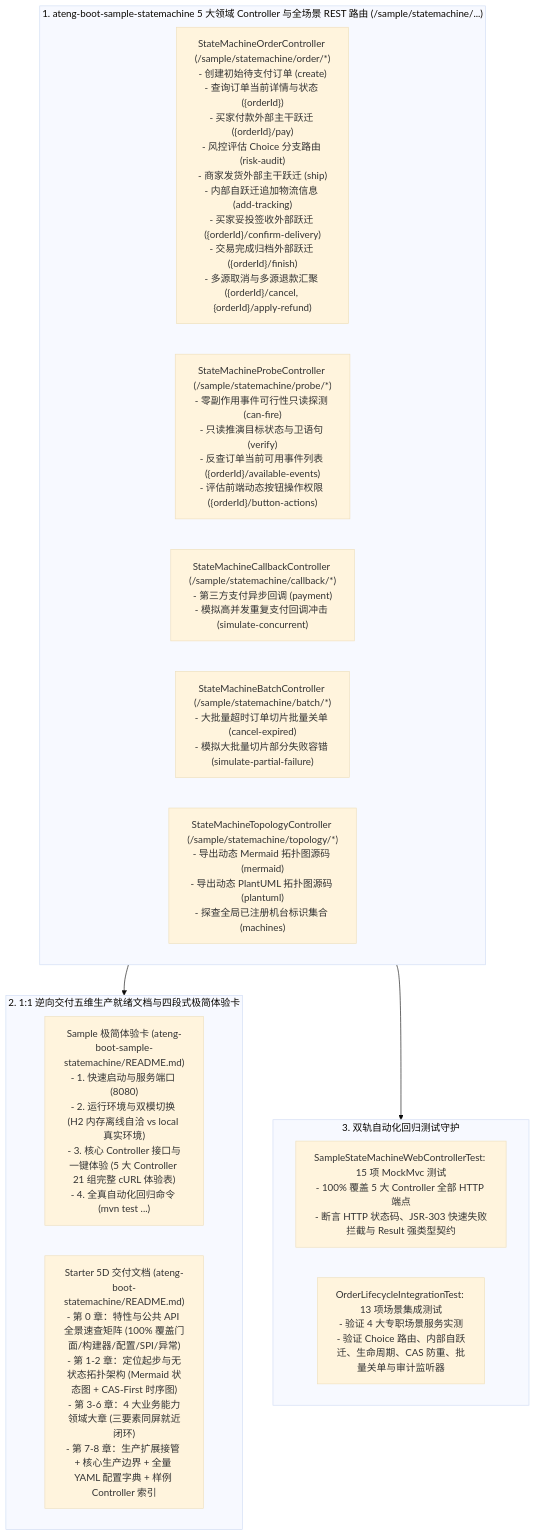
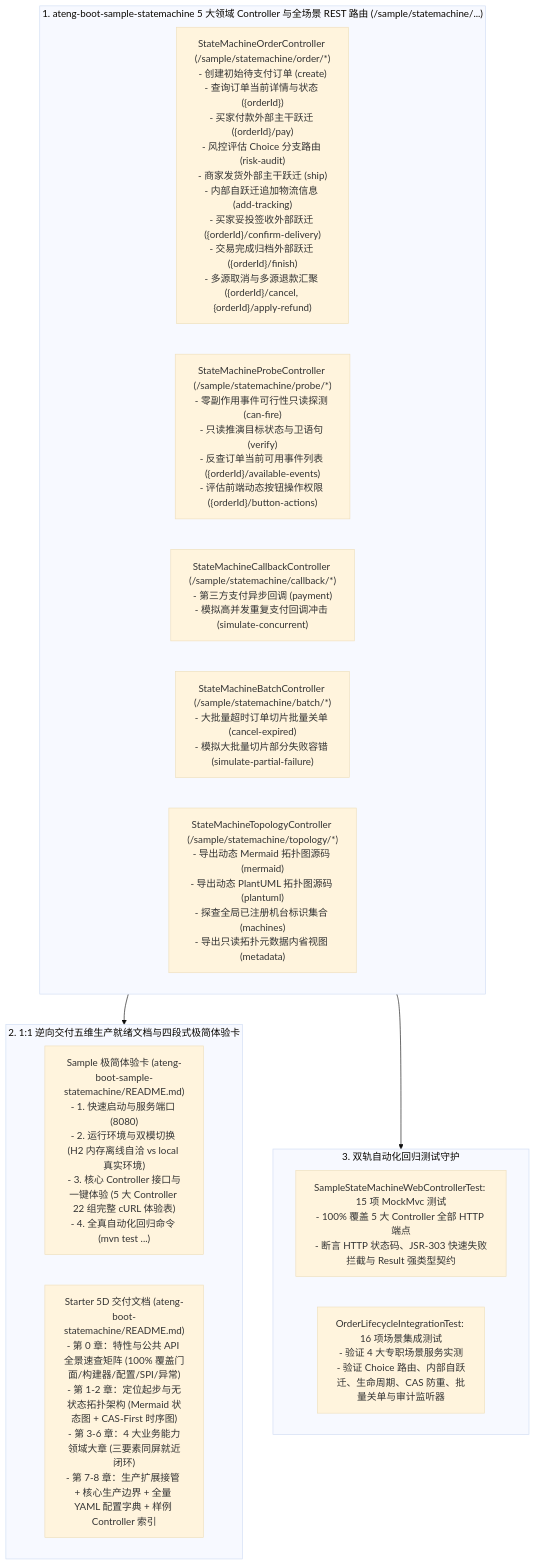
The diagram in docs/adr/0102-statemachine-sample-multi-controller-and-documentation-specification-architecture.md (atengk/ateng-boot), drawn with Mermaid (base theme) before and after one commit. The commit also changed other lines of this file and 5 other files, not shown here.

First line of the commit message:
fix(statemachine): 收敛评审发现并同步 ADR-0102 架构图与契约统计

````diff
--- a/docs/adr/0102-statemachine-sample-multi-controller-and-documentation-specification-architecture.md
+++ b/docs/adr/0102-statemachine-sample-multi-controller-and-documentation-specification-architecture.md
@@ -24,23 +24,23 @@
 ```mermaid
 flowchart TD
     subgraph SampleMatrix["1. ateng-boot-sample-statemachine 5 大领域 Controller 与全场景 REST 路由 (/sample/statemachine/...)"]
         OrderCtrl["StateMachineOrderController (/sample/statemachine/order/*)\n- 创建初始待支付订单 (create)\n- 查询订单当前详情与状态 ({orderId})\n- 买家付款外部主干跃迁 ({orderId}/pay)\n- 风控评估 Choice 分支路由 (risk-audit)\n- 商家发货外部主干跃迁 (ship)\n- 内部自跃迁追加物流信息 (add-tracking)\n- 买家妥投签收外部跃迁 ({orderId}/confirm-delivery)\n- 交易完成归档外部跃迁 ({orderId}/finish)\n- 多源取消与多源退款汇聚 ({orderId}/cancel, {orderId}/apply-refund)"]
         ProbeCtrl["StateMachineProbeController (/sample/statemachine/probe/*)\n- 零副作用事件可行性只读探测 (can-fire)\n- 只读推演目标状态与卫语句 (verify)\n- 反查订单当前可用事件列表 ({orderId}/available-events)\n- 评估前端动态按钮操作权限 ({orderId}/button-actions)"]
         CallbackCtrl["StateMachineCallbackController (/sample/statemachine/callback/*)\n- 第三方支付异步回调 (payment)\n- 模拟高并发重复支付回调冲击 (simulate-concurrent)"]
         BatchCtrl["StateMachineBatchController (/sample/statemachine/batch/*)\n- 大批量超时订单切片批量关单 (cancel-expired)\n- 模拟大批量切片部分失败容错 (simulate-partial-failure)"]
-        TopologyCtrl["StateMachineTopologyController (/sample/statemachine/topology/*)\n- 导出动态 Mermaid 拓扑图源码 (mermaid)\n- 导出动态 PlantUML 拓扑图源码 (plantuml)\n- 探查全局已注册机台标识集合 (machines)"]
+        TopologyCtrl["StateMachineTopologyController (/sample/statemachine/topology/*)\n- 导出动态 Mermaid 拓扑图源码 (mermaid)\n- 导出动态 PlantUML 拓扑图源码 (plantuml)\n- 探查全局已注册机台标识集合 (machines)\n- 导出只读拓扑元数据内省视图 (metadata)"]
     end
 
     subgraph DocSpec["2. 1:1 逆向交付五维生产就绪文档与四段式极简体验卡"]
-        SampleReadme["Sample 极简体验卡 (ateng-boot-sample-statemachine/README.md)\n- 1. 快速启动与服务端口 (8080)\n- 2. 运行环境与双模切换 (H2 内存离线自洽 vs local 真实环境)\n- 3. 核心 Controller 接口与一键体验 (5 大 Controller 21 组完整 cURL 体验表)\n- 4. 全真自动化回归命令 (mvn test ...)"]
+        SampleReadme["Sample 极简体验卡 (ateng-boot-sample-statemachine/README.md)\n- 1. 快速启动与服务端口 (8080)\n- 2. 运行环境与双模切换 (H2 内存离线自洽 vs local 真实环境)\n- 3. 核心 Controller 接口与一键体验 (5 大 Controller 22 组完整 cURL 体验表)\n- 4. 全真自动化回归命令 (mvn test ...)"]
         StarterReadme["Starter 5D 交付文档 (ateng-boot-statemachine/README.md)\n- 第 0 章：特性与公共 API 全景速查矩阵 (100% 覆盖门面/构建器/配置/SPI/异常)\n- 第 1-2 章：定位起步与无状态拓扑架构 (Mermaid 状态图 + CAS-First 时序图)\n- 第 3-6 章：4 大业务能力领域大章 (三要素同屏就近闭环)\n- 第 7-8 章：生产扩展接管 + 核心生产边界 + 全量 YAML 配置字典 + 样例 Controller 索引"]
     end
 
     subgraph TestHarness["3. 双轨自动化回归测试守护"]
         WebMockMvcTests["SampleStateMachineWebControllerTest: 15 项 MockMvc 测试\n- 100% 覆盖 5 大 Controller 全部 HTTP 端点\n- 断言 HTTP 状态码、JSR-303 快速失败拦截与 Result<T> 强类型契约"]
-        E2eOfflineTests["OrderLifecycleIntegrationTest: 13 项场景集成测试\n- 验证 4 大专职场景服务实测\n- 验证 Choice 路由、内部自跃迁、生命周期、CAS 防重、批量关单与审计监听器"]
+        E2eOfflineTests["OrderLifecycleIntegrationTest: 16 项场景集成测试\n- 验证 4 大专职场景服务实测\n- 验证 Choice 路由、内部自跃迁、生命周期、CAS 防重、批量关单与审计监听器"]
     end
 
     SampleMatrix --> DocSpec
     SampleMatrix --> TestHarness
 ```
````
